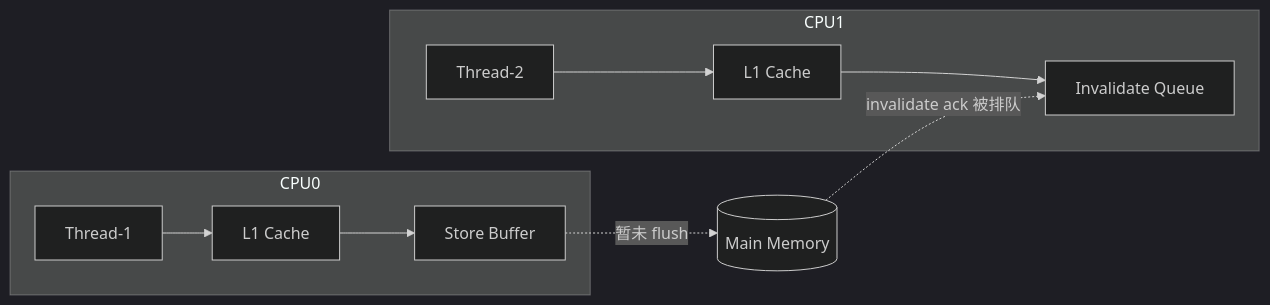
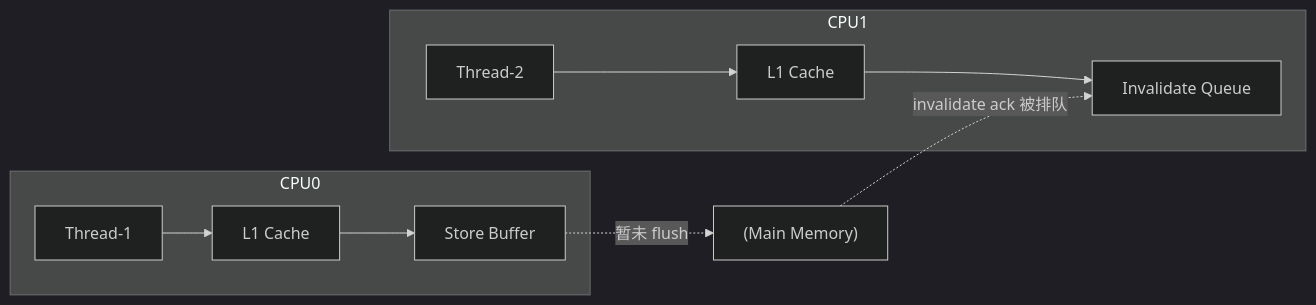
Before and after one commit to Aiden-Coding/AiDocs: the first of 2 diagrams in docs/java/concurrent/0-jmm-memory-model.md, drawn with Mermaid (dark theme). The commit also changed 97 other files, not shown here.

````diff
--- a/docs/java/concurrent/0-jmm-memory-model.md
+++ b/docs/java/concurrent/0-jmm-memory-model.md
@@ -21,13 +21,13 @@
 ```mermaid
 graph LR
     subgraph CPU0
       T1[Thread-1] --> L1C0[L1 Cache]
       L1C0 --> SB[Store Buffer]
     end
     subgraph CPU1
       T2[Thread-2] --> L1C1[L1 Cache]
       L1C1 --> IQ[Invalidate Queue]
     end
-    SB -. 暂未 flush .-> Main[(Main Memory)]
+    SB -. 暂未 flush .-> Main["(Main Memory)"]
     Main -. invalidate ack 被排队 .-> IQ
 ```
````
